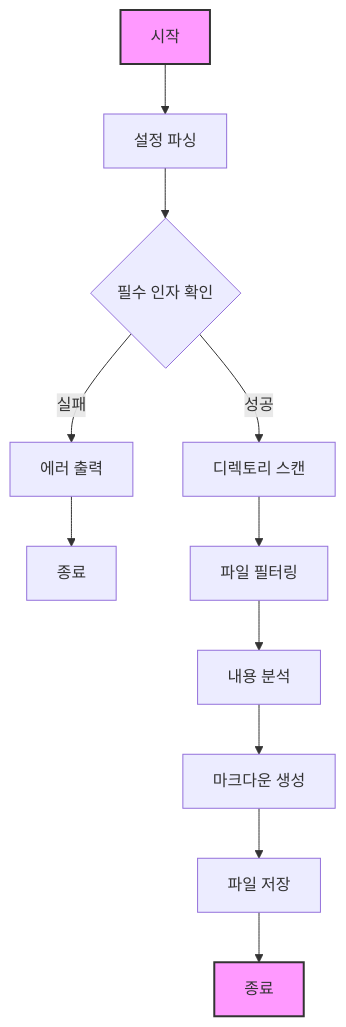
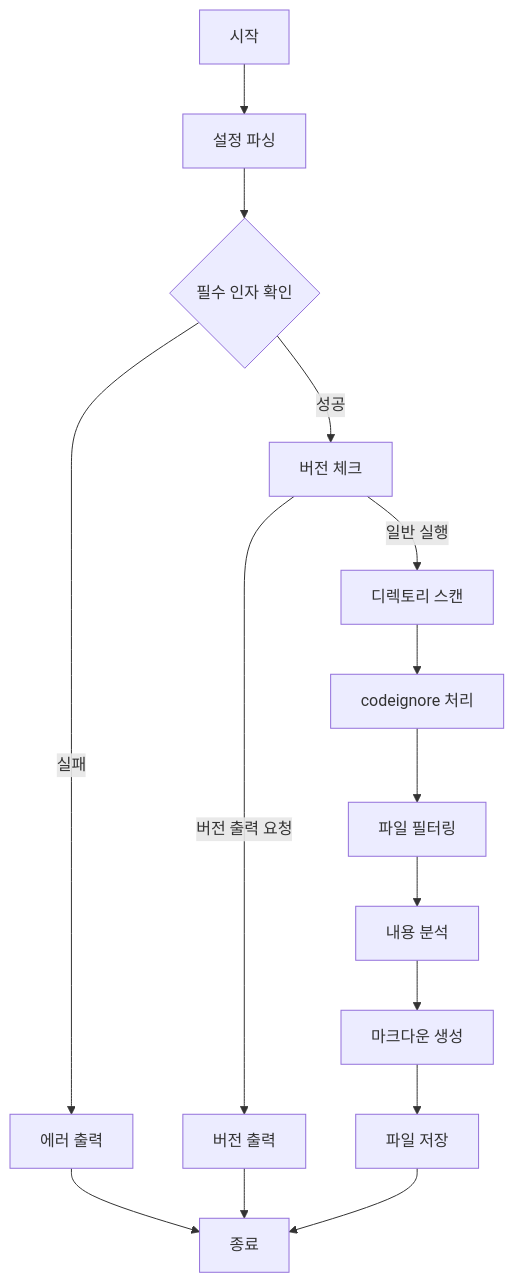
Before and after one commit to kihyun1998/aimd: the diagram in README.md, drawn with Mermaid. The commit also changed other lines of this file and 3 other files, not shown here.

````diff
--- a/README.md
+++ b/README.md
@@ -14,16 +14,17 @@
 ```mermaid
 graph TD
     A[시작] --> B[설정 파싱]
     B --> C{필수 인자 확인}
     C -->|실패| D[에러 출력]
     D --> E[종료]
-    C -->|성공| F[디렉토리 스캔]
-    F --> G[파일 필터링]
-    G --> H[내용 분석]
-    H --> I[마크다운 생성]
-    I --> J[파일 저장]
-    J --> K[종료]
-
-    style A fill:#f9f,stroke:#333,stroke-width:2px
-    style K fill:#f9f,stroke:#333,stroke-width:2px
+    C -->|성공| F[버전 체크]
+    F -->|버전 출력 요청| G[버전 출력]
+    G --> E
+    F -->|일반 실행| H[디렉토리 스캔]
+    H --> I[codeignore 처리]
+    I --> J[파일 필터링]
+    J --> K[내용 분석]
+    K --> L[마크다운 생성]
+    L --> M[파일 저장]
+    M --> E[종료]
 ```
````
